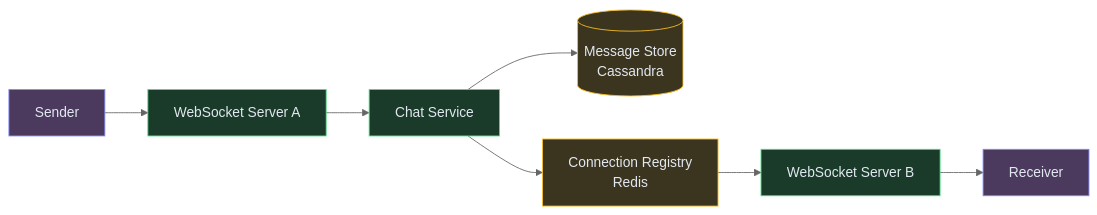
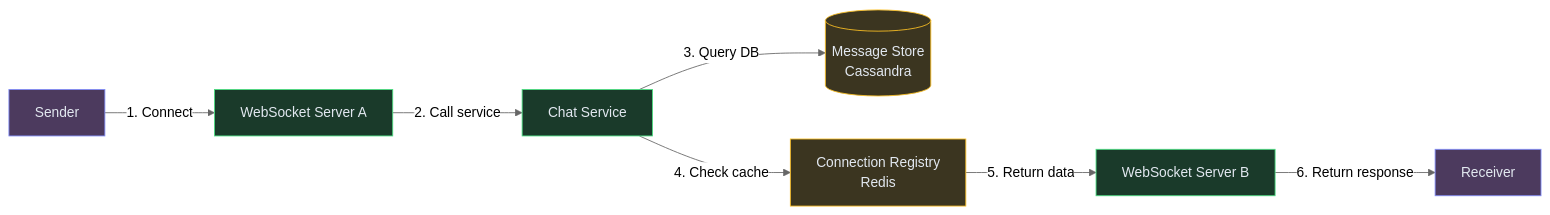
Before and after one commit to iluzn/HLD-Designs: the third of 6 diagrams in content/hld/ChatSystem.md, drawn with Mermaid (neutral theme). The commit also changed other lines of this file and 27 other files, not shown here.

````diff
--- a/content/hld/ChatSystem.md
+++ b/content/hld/ChatSystem.md
@@ -178,21 +178,21 @@
 ```mermaid
 flowchart LR
     SENDER["Sender"]:::client
     WS1["WebSocket Server A"]:::service
     CHAT["Chat Service"]:::service
     STORE[("Message Store<br/>Cassandra")]:::data
     ROUTE["Connection Registry<br/>Redis"]:::data
     WS2["WebSocket Server B"]:::service
     RECEIVER["Receiver"]:::client
 
-    SENDER --> WS1
-    WS1 --> CHAT
-    CHAT --> STORE
-    CHAT --> ROUTE
-    ROUTE --> WS2
-    WS2 --> RECEIVER
+    SENDER -->|"1. Connect"| WS1
+    WS1 -->|"2. Call service"| CHAT
+    CHAT -->|"3. Query DB"| STORE
+    CHAT -->|"4. Check cache"| ROUTE
+    ROUTE -->|"5. Return data"| WS2
+    WS2 -->|"6. Return response"| RECEIVER
 
     classDef client fill:#4c3a5e,stroke:#818cf8,color:#e2e8f0
     classDef service fill:#1a3a2a,stroke:#4ade80,color:#e2e8f0
     classDef data fill:#3b3520,stroke:#fbbf24,color:#e2e8f0
 ```
````
